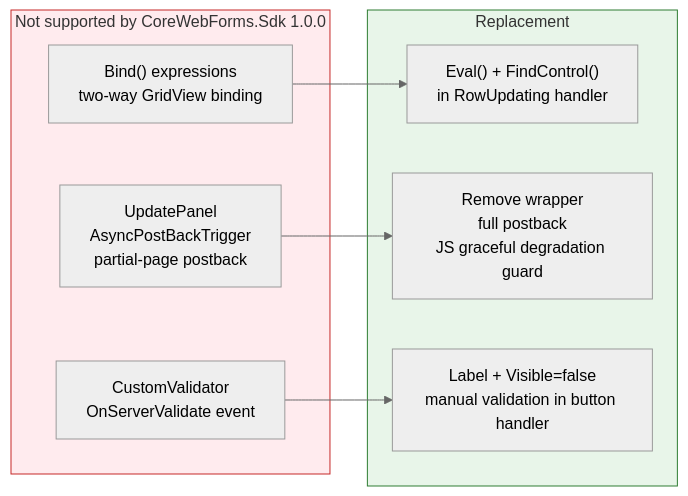
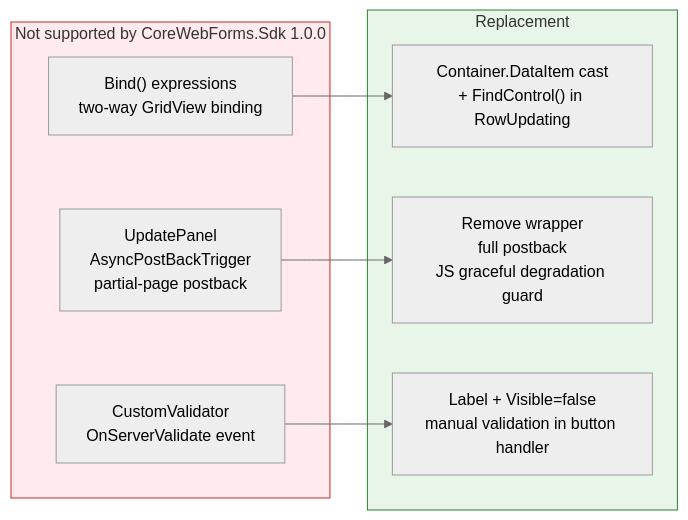
Before and after one commit to Nayeem170/WebFormsMigration: the sixth of 7 diagrams in docs/interview-migration-speech.md, drawn with Mermaid (neutral theme). The commit also changed other lines of this file and 5 other files, not shown here.

First line of the commit message:
refactor(aspx): replace Eval() with typed Container.DataItem casts

````diff
--- a/docs/interview-migration-speech.md
+++ b/docs/interview-migration-speech.md
@@ -276,17 +276,17 @@
 ```mermaid
 graph LR
     subgraph Unsupported["Not supported by CoreWebForms.Sdk 1.0.0"]
         B["Bind() expressions\ntwo-way GridView binding"]
         U["UpdatePanel\nAsyncPostBackTrigger\npartial-page postback"]
         C["CustomValidator\nOnServerValidate event"]
     end
 
     subgraph Fix["Replacement"]
-        B --> B2["Eval() + FindControl()\nin RowUpdating handler"]
+        B --> B2["Container.DataItem cast\n+ FindControl() in RowUpdating"]
         U --> U2["Remove wrapper\nfull postback\nJS graceful degradation guard"]
         C --> C2["Label + Visible=false\nmanual validation in button handler"]
     end
 
     style Unsupported fill:#ffebee,stroke:#c62828
     style Fix fill:#e8f5e9,stroke:#2e7d32
 ```
````
